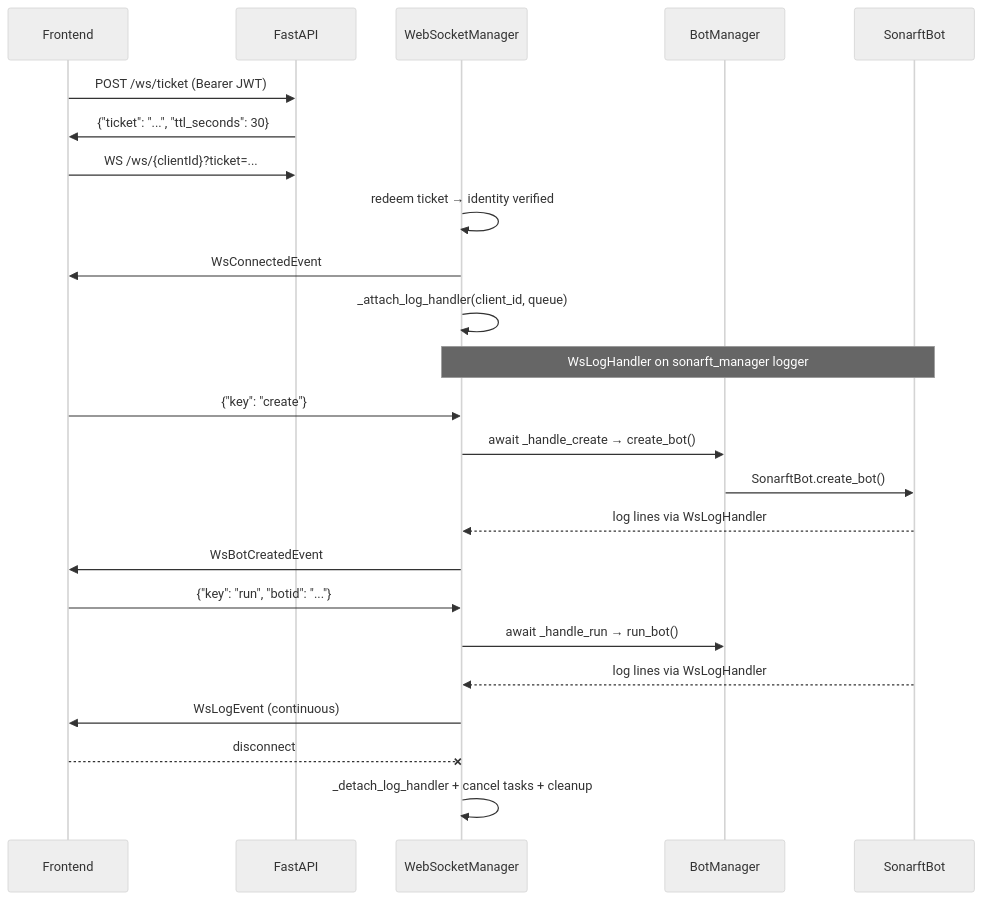
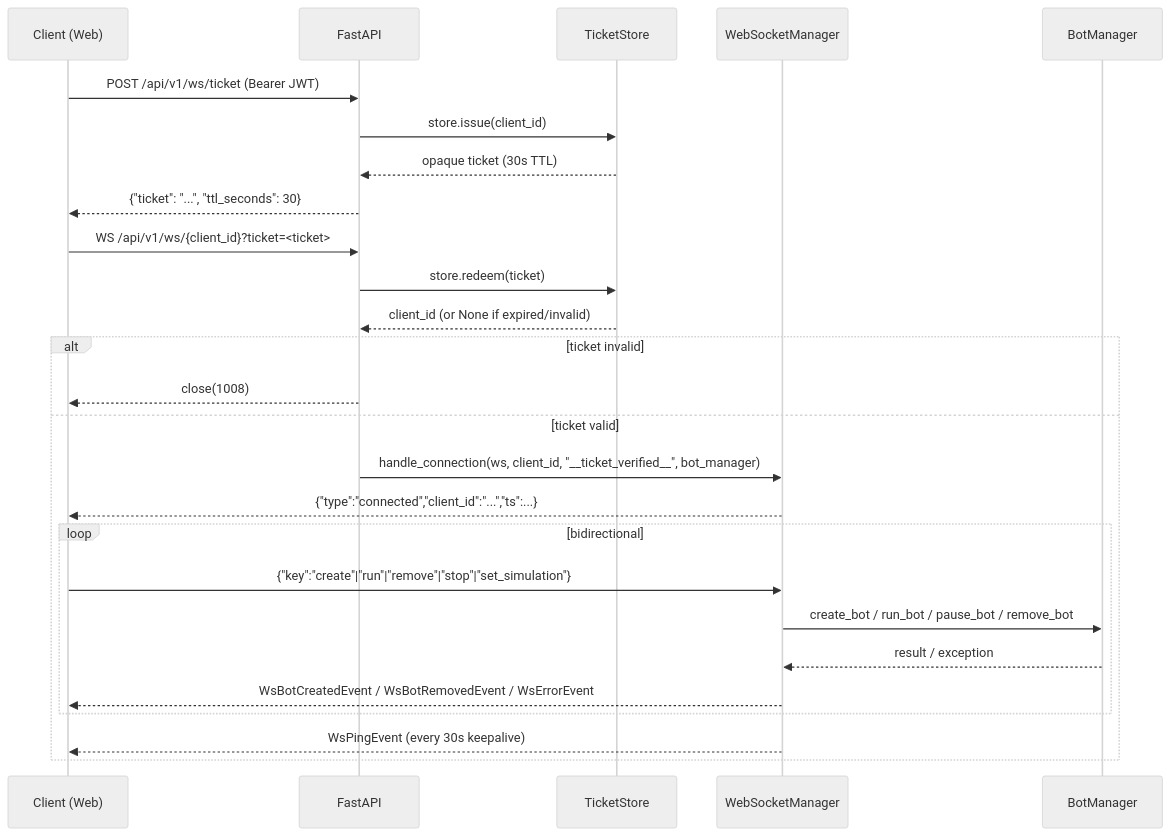
Before and after one commit to jreinaldodasilva/sonarft-monorepo: the first of 2 diagrams in packages/api/docs/websocket/05-websocket-realtime.md, drawn with Mermaid (neutral theme). The commit also changed other lines of this file and 11 other files, not shown here.

````diff
--- a/packages/api/docs/websocket/05-websocket-realtime.md
+++ b/packages/api/docs/websocket/05-websocket-realtime.md
@@ -17,32 +30,30 @@
 ```mermaid
 sequenceDiagram
-    participant FE as Frontend
+    participant C as Client (Web)
     participant API as FastAPI
-    participant WSM as WebSocketManager
+    participant TS as TicketStore
+    participant WM as WebSocketManager
     participant BM as BotManager
-    participant BOT as SonarftBot
 
-    FE->>API: POST /ws/ticket (Bearer JWT)
-    API->>FE: {"ticket": "...", "ttl_seconds": 30}
+    C->>API: POST /api/v1/ws/ticket (Bearer JWT)
+    API->>TS: store.issue(client_id)
+    TS-->>API: opaque ticket (30s TTL)
+    API-->>C: {"ticket": "...", "ttl_seconds": 30}
 
-    FE->>API: WS /ws/{clientId}?ticket=...
-    WSM->>WSM: redeem ticket → identity verified
-    WSM->>FE: WsConnectedEvent
-
-    WSM->>WSM: _attach_log_handler(client_id, queue)
-    Note over WSM,BOT: WsLogHandler on sonarft_manager logger
-
-    FE->>WSM: {"key": "create"}
-    WSM->>BM: await _handle_create → create_bot()
-    BM->>BOT: SonarftBot.create_bot()
-    BOT-->>WSM: log lines via WsLogHandler
-    WSM->>FE: WsBotCreatedEvent
-
-    FE->>WSM: {"key": "run", "botid": "..."}
-    WSM->>BM: await _handle_run → run_bot()
-    BOT-->>WSM: log lines via WsLogHandler
-    WSM->>FE: WsLogEvent (continuous)
-
-    FE--xWSM: disconnect
-    WSM->>WSM: _detach_log_handler + cancel tasks + cleanup
+    C->>API: WS /api/v1/ws/{client_id}?ticket=<ticket>
+    API->>TS: store.redeem(ticket)
+    TS-->>API: client_id (or None if expired/invalid)
+    alt ticket invalid
+        API-->>C: close(1008)
+    else ticket valid
+        API->>WM: handle_connection(ws, client_id, "__ticket_verified__", bot_manager)
+        WM-->>C: {"type":"connected","client_id":"...","ts":...}
+        loop bidirectional
+            C->>WM: {"key":"create"|"run"|"remove"|"stop"|"set_simulation"}
+            WM->>BM: create_bot / run_bot / pause_bot / remove_bot
+            BM-->>WM: result / exception
+            WM-->>C: WsBotCreatedEvent / WsBotRemovedEvent / WsErrorEvent
+        end
+        WM-->>C: WsPingEvent (every 30s keepalive)
+    end
 ```
````
